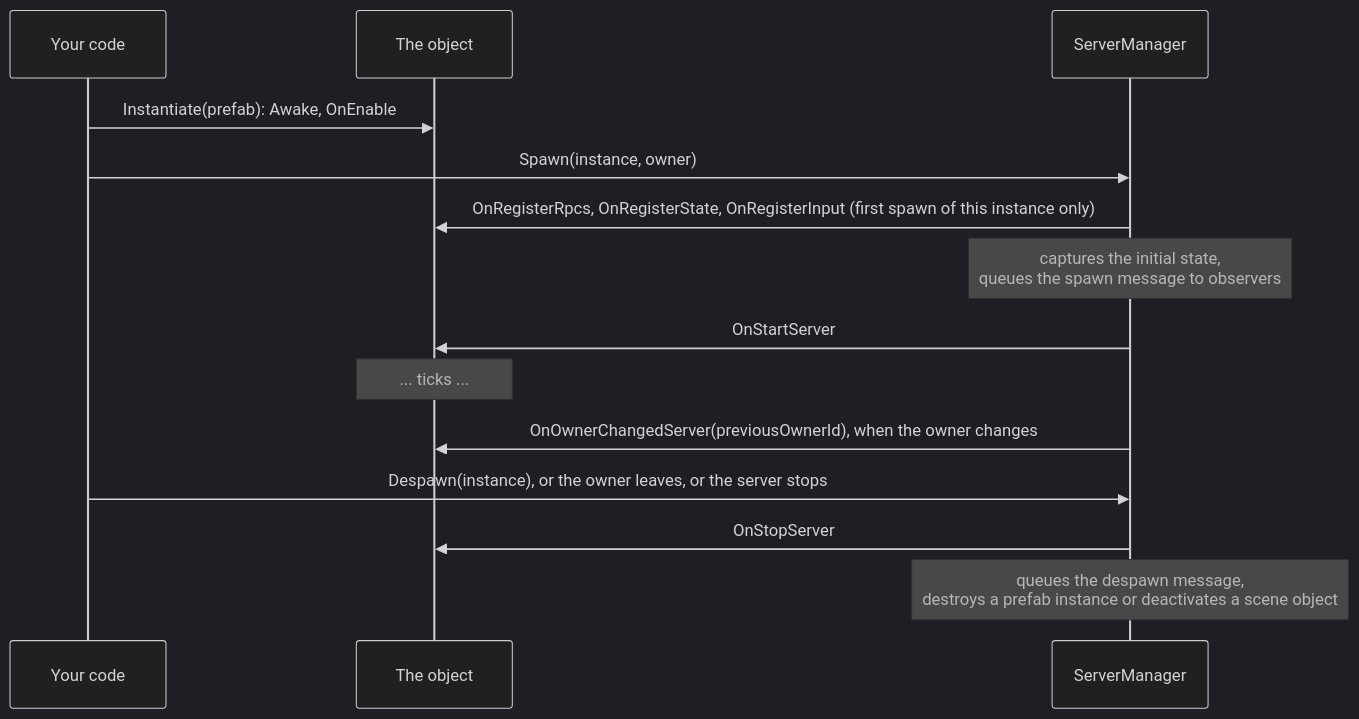
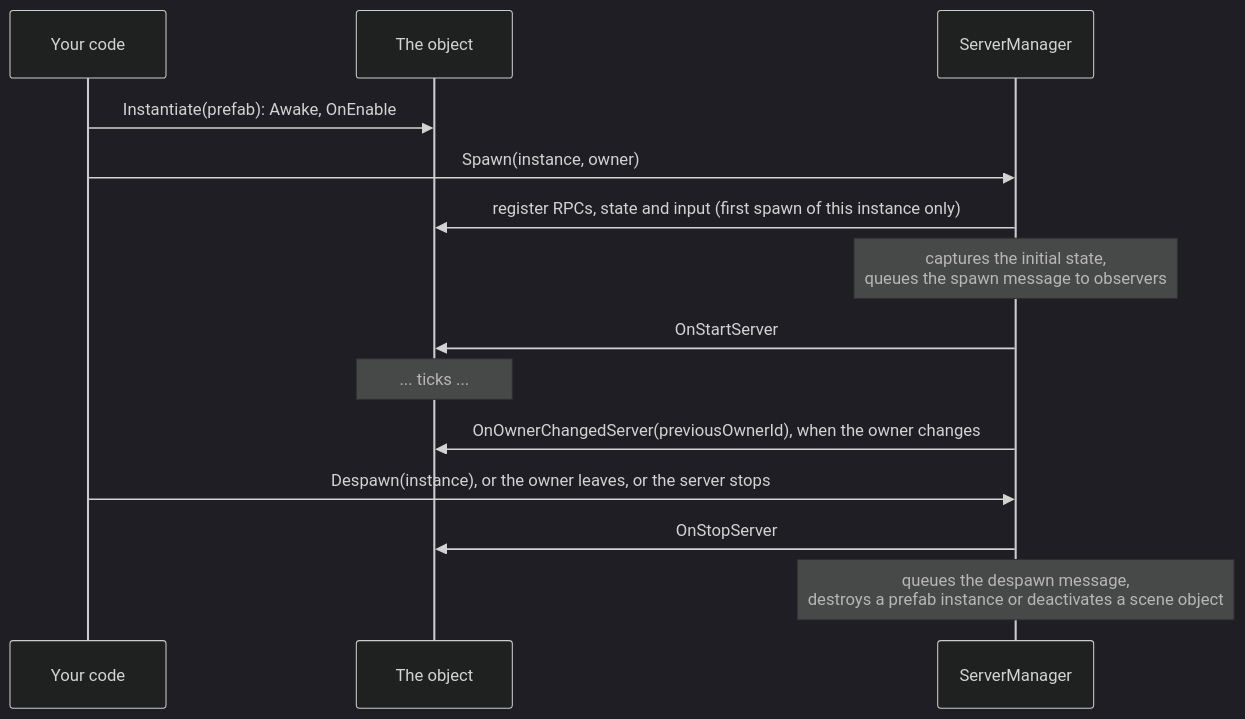
Before and after one commit to fomoxa/unity-docs: the third of 4 diagrams in concepts/lifecycle.md, drawn with Mermaid (dark theme). The commit also changed other lines of this file and 110 other files, not shown here.

Commit message:
Rewrite unity-docs for the field-based API, with schema evolution rules (16.8)

````diff
--- a/concepts/lifecycle.md
+++ b/concepts/lifecycle.md
@@ -60,16 +60,16 @@
 ```mermaid
 sequenceDiagram
     participant Code as Your code
     participant Obj as The object
     participant SM as ServerManager
     Code->>Obj: Instantiate(prefab): Awake, OnEnable
     Code->>SM: Spawn(instance, owner)
-    SM->>Obj: OnRegisterRpcs, OnRegisterState, OnRegisterInput (first spawn of this instance only)
+    SM->>Obj: register RPCs, state and input (first spawn of this instance only)
     Note over SM: captures the initial state,<br/>queues the spawn message to observers
     SM->>Obj: OnStartServer
     Note over Obj: ... ticks ...
     SM->>Obj: OnOwnerChangedServer(previousOwnerId), when the owner changes
     Code->>SM: Despawn(instance), or the owner leaves, or the server stops
     SM->>Obj: OnStopServer
     Note over SM: queues the despawn message,<br/>destroys a prefab instance or deactivates a scene object
 ```
````
